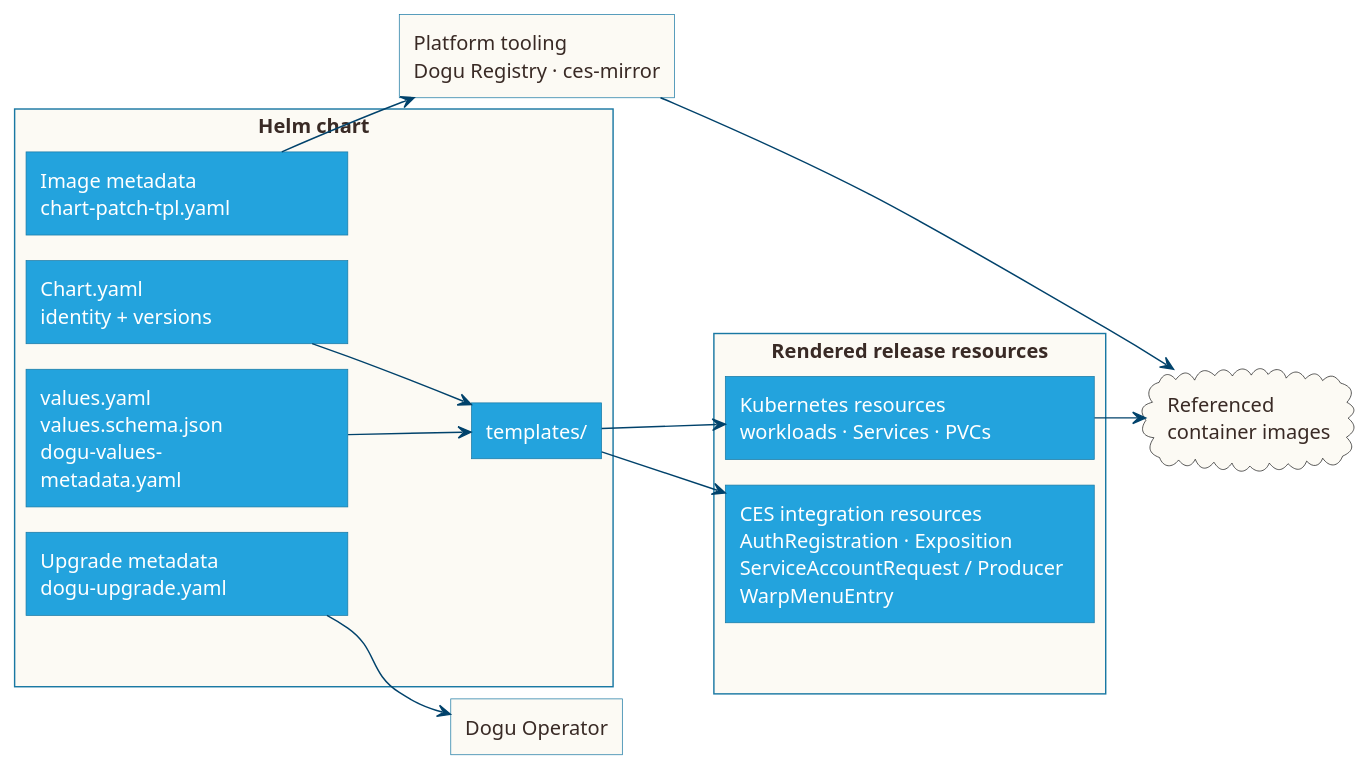
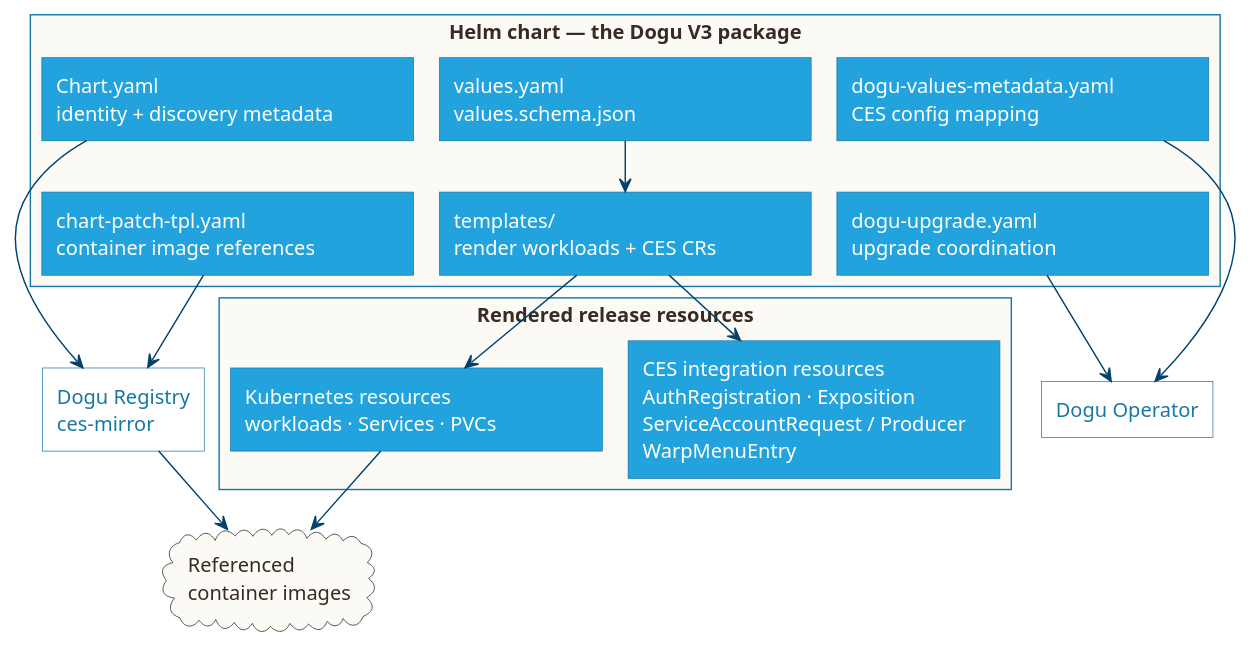
One commit to cloudogu/dogu-development-docs changed the diagram in docs/v3/images/artifacts.puml. Above: the diagram before and after it, drawn with PlantUML. The commit also changed 3 other files, not shown here.

Commit message:
#90 Improve Dogu V3 artifacts diagram layout and mapping

```diff
--- a/docs/v3/images/artifacts.puml
+++ b/docs/v3/images/artifacts.puml
@@ -1,66 +1,73 @@
 @startuml
 !pragma layout smetana
 skinparam backgroundColor white
 skinparam defaultFontColor #392A25
 skinparam ArrowColor #00426B
 skinparam rectangleBorderColor #1978A3
 skinparam rectangleBackgroundColor #23A3DD
 skinparam rectangleRoundCorner 0
 skinparam shadowing false
 hide stereotype
-left to right direction
+top to bottom direction
 
 <style>
 root {
   Margin 20
 }
 rectangle {
   FontColor white
   .group {
     BackgroundColor #FCFAF4
     FontColor #392A25
     LineColor #1978A3
     HorizontalAlignment left
   }
-  .leftArtifact {
-    MinimumWidth 205
+  .artifact {
+    MinimumWidth 240
     HorizontalAlignment left
   }
-  .renderedArtifact {
-    MinimumWidth 238
+  .system {
+    BackgroundColor white
+    FontColor #1978A3
+    LineColor #1978A3
     HorizontalAlignment left
   }
 }
 </style>
 
-rectangle "Helm chart" as chart <<group>> {
-  together {
-    rectangle "Chart.yaml\nidentity + versions" as metadata <<leftArtifact>>
-    rectangle "values.yaml\nvalues.schema.json\ndogu-values-\nmetadata.yaml" as config <<leftArtifact>>
-    rectangle "Image metadata\nchart-patch-tpl.yaml" as imageMetadata <<leftArtifact>>
-    rectangle "Upgrade metadata\ndogu-upgrade.yaml" as upgradeMetadata <<leftArtifact>>
-  }
-  rectangle "templates/" as templates
+rectangle "Helm chart — the Dogu V3 package" as chart <<group>> {
+  rectangle "Chart.yaml\nidentity + discovery metadata" as metadata <<artifact>>
+  rectangle "values.yaml\nvalues.schema.json" as config <<artifact>>
+  rectangle "dogu-values-metadata.yaml\nCES config mapping" as valuesMeta <<artifact>>
+  rectangle "chart-patch-tpl.yaml\ncontainer image references" as imageMeta <<artifact>>
+  rectangle "dogu-upgrade.yaml\nupgrade coordination" as upgradeMeta <<artifact>>
+  rectangle "templates/\nrender workloads + CES CRs" as templates <<artifact>>
+
+  metadata -[hidden]right-> config
+  config -[hidden]right-> valuesMeta
+  imageMeta -[hidden]right-> upgradeMeta
+  upgradeMeta -[hidden]right-> templates
 }
 
-cloud "Referenced\ncontainer images" as images #FCFAF4
-rectangle "Platform tooling\nDogu Registry · ces-mirror" as tooling <<group>>
-rectangle "Dogu Operator" as operator <<group>>
 rectangle "Rendered release resources" as rendered <<group>> {
-  together {
-    rectangle "Kubernetes resources\nworkloads · Services · PVCs" as k8s <<renderedArtifact>>
-    rectangle "CES integration resources\nAuthRegistration · Exposition\nServiceAccountRequest / Producer\nWarpMenuEntry" as ces <<renderedArtifact>>
-  }
+  rectangle "Kubernetes resources\nworkloads · Services · PVCs" as k8s <<artifact>>
+  rectangle "CES integration resources\nAuthRegistration · Exposition\nServiceAccountRequest / Producer\nWarpMenuEntry" as ces <<artifact>>
+  k8s -[hidden]right-> ces
 }
 
-chart -[hidden]right-> rendered
-rendered -[hidden]right-> images
-metadata --> templates
+rectangle "Dogu Registry\nces-mirror" as registry <<system>>
+rectangle "Dogu Operator" as operator <<system>>
+cloud "Referenced\ncontainer images" as images #FCFAF4
+
 config --> templates
 templates --> k8s
 templates --> ces
-imageMetadata --> tooling
-tooling --> images
-upgradeMetadata --> operator
 k8s --> images
+
+metadata --> registry
+imageMeta --> registry
+registry --> images
+
+valuesMeta --> operator
+upgradeMeta --> operator
 @enduml
```
